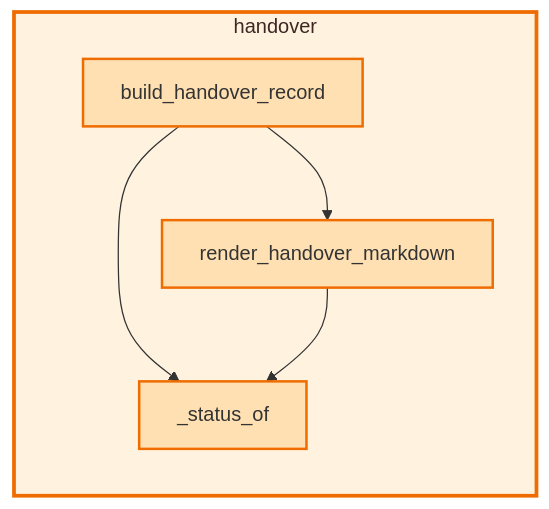
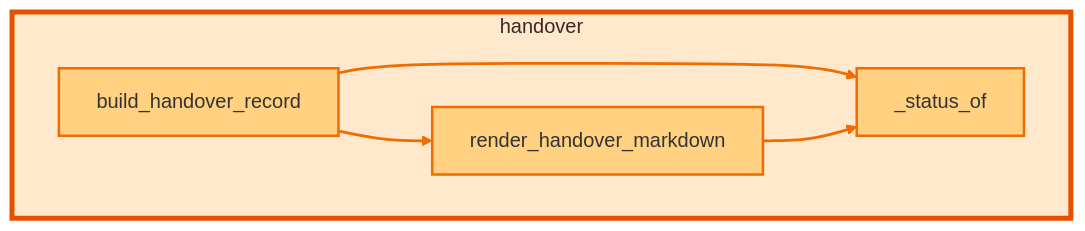
Before and after one commit to Voycepeh/FabricOps-Starter-Kit: the diagram in docs/api/modules/handover.md, drawn with Mermaid. The commit also changed 13 other files, not shown here.

Commit message:
Polish grouped callable diagrams visual hierarchy and noise reduction

````diff
--- a/docs/api/modules/handover.md
+++ b/docs/api/modules/handover.md
@@ -72,17 +72,18 @@
 ```mermaid
-flowchart LR
-  classDef currentModule fill:#fff3e0,stroke:#ef6c00,stroke-width:3px,color:#3e2723;
-  classDef externalModule fill:#f5f5f5,stroke:#9e9e9e,stroke-width:1px,color:#616161;
-  classDef currentCallable fill:#ffe0b2,stroke:#ef6c00,stroke-width:2px;
-  classDef externalCallable fill:#eceff1,stroke:#90a4ae,stroke-width:1px;
+flowchart TB
+  classDef currentModule fill:#ffe8cc,stroke:#e65100,stroke-width:4px,color:#3e2723;
+  classDef externalModule fill:#f7f7f7,stroke:#b0bec5,stroke-width:1px,color:#607d8b;
+  classDef currentCallable fill:#ffd180,stroke:#ef6c00,stroke-width:2px;
+  classDef externalCallable fill:#eceff1,stroke:#b0bec5,stroke-width:1px,color:#455a64;
   subgraph m_handover[handover]
     fabricops_kit_handover__status_of["_status_of"]
     fabricops_kit_handover_build_handover_record["build_handover_record"]
     fabricops_kit_handover_render_handover_markdown["render_handover_markdown"]
   end
   fabricops_kit_handover_build_handover_record --> fabricops_kit_handover__status_of
   fabricops_kit_handover_build_handover_record --> fabricops_kit_handover_render_handover_markdown
   fabricops_kit_handover_render_handover_markdown --> fabricops_kit_handover__status_of
+  linkStyle 0,1,2 stroke:#ef6c00,stroke-width:2.2px;
   class m_handover currentModule;
   class fabricops_kit_handover__status_of,fabricops_kit_handover_build_handover_record,fabricops_kit_handover_render_handover_markdown currentCallable;
 ```
````
